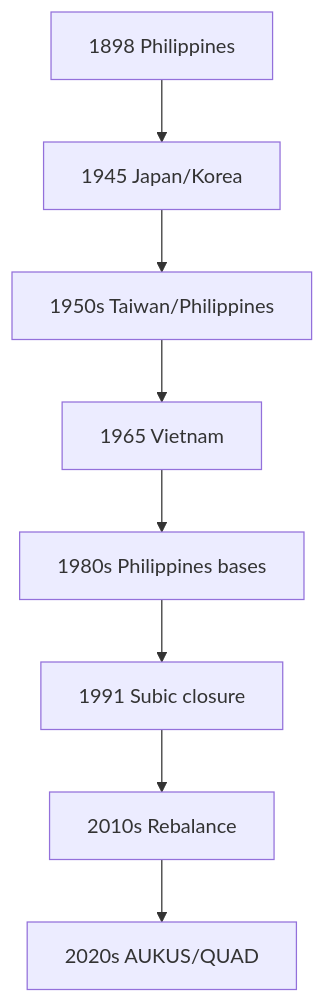
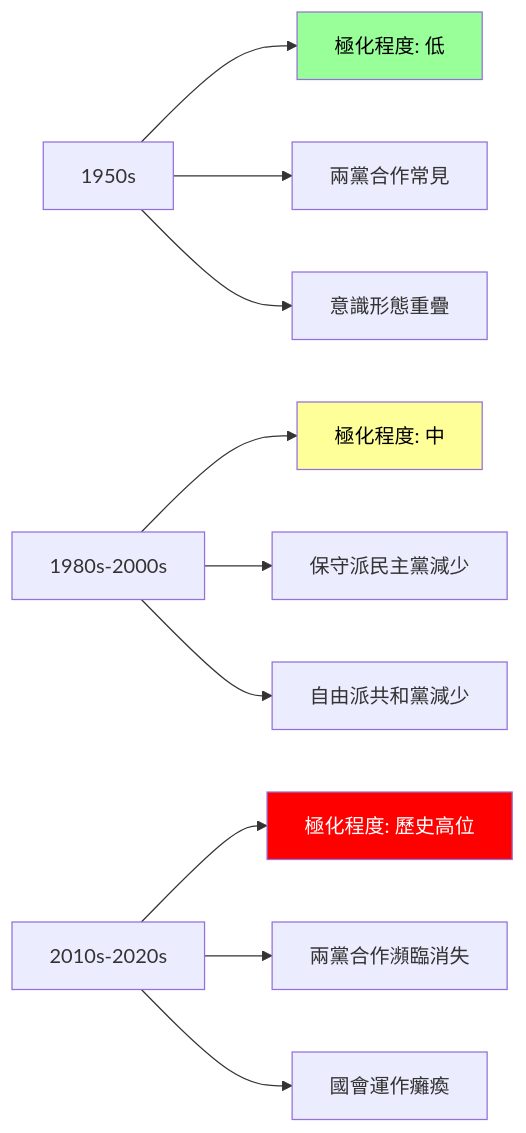
One commit to yip-lgtm/HKU-Harvard-History-Self-Study changed the tenth of 10 diagrams in 01_HKU_Courses/HIST1025_Introduction_to_the_United_States.md. Above: the diagram before and after it, drawn with Mermaid. The commit also changed other lines of this file and 48 other files, not shown here.

````diff
--- a/01_HKU_Courses/HIST1025_Introduction_to_the_United_States.md
+++ b/01_HKU_Courses/HIST1025_Introduction_to_the_United_States.md
@@ -402,10 +517,18 @@
 ```mermaid
-graph TD
-    A[1898 Philippines] --> B[1945 Japan/Korea]
-    B --> C[1950s Taiwan/Philippines]
-    C --> D[1965 Vietnam]
-    D --> E[1980s Philippines bases]
-    E --> F[1991 Subic closure]
-    F --> G[2010s Rebalance]
-    G --> H[2020s AUKUS/QUAD]
+graph LR
+    A[1950s] --> B[極化程度: 低]
+    A --> C[兩黨合作常見]
+    A --> D[意識形態重疊]
+    
+    E[1980s-2000s] --> F[極化程度: 中]
+    E --> G[保守派民主黨減少]
+    E --> H[自由派共和黨減少]
+    
+    I[2010s-2020s] --> J[極化程度: 歷史高位]
+    I --> K[兩黨合作瀕臨消失]
+    I --> L[國會運作癱瘓]
+    
+    style B fill:#9f9,color:#000
+    style F fill:#ff9,color:#000
+    style J fill:#f00,color:#fff
 ```
````
